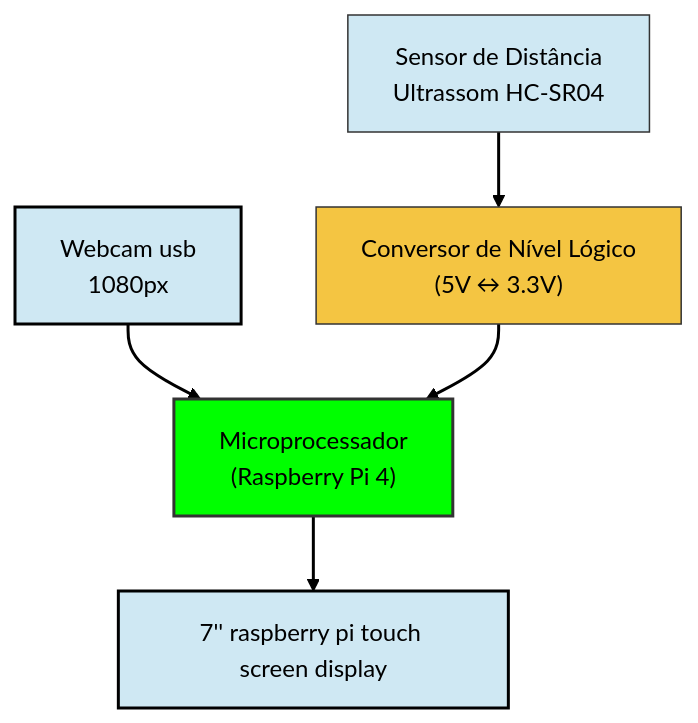
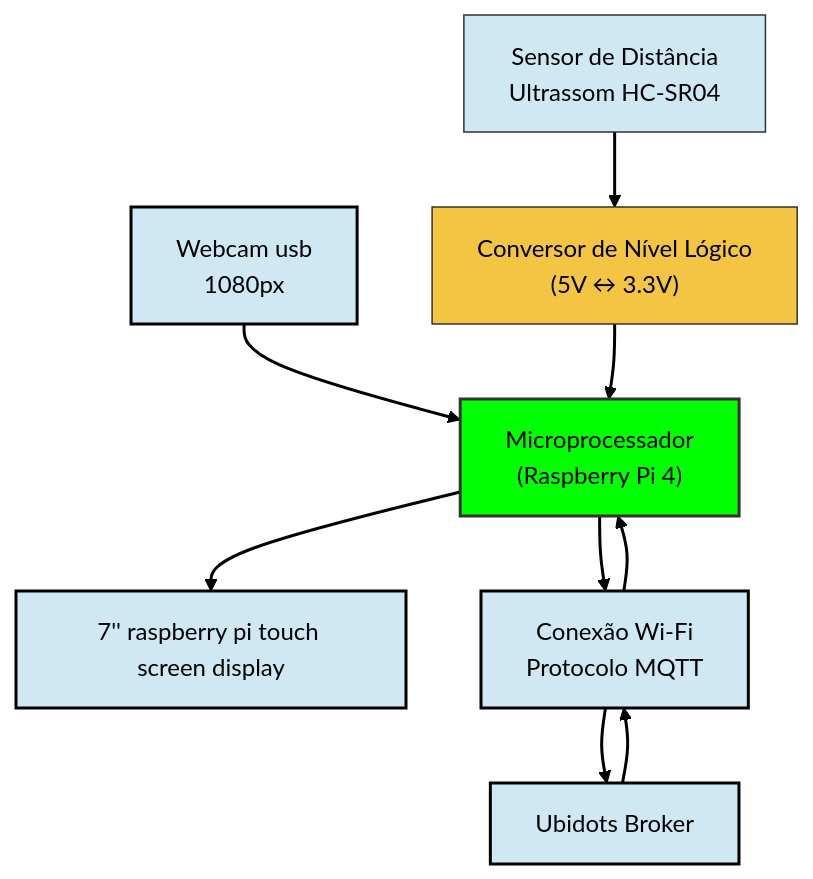
The diagram in README.md (Ilan-Ha/EEN251_Projeto_T2_T3), drawn with Mermaid (base theme) before and after one commit.

````diff
--- a/README.md
+++ b/README.md
@@ -47,27 +47,32 @@
 ```mermaid
 flowchart TD
     MCU["Microprocessador<br/>(Raspberry Pi 4)"]
     TOUC["7'' raspberry pi touch screen display"]
     LEVEL1["Conversor de Nível Lógico<br/>(5V ↔ 3.3V)"]
     US["Sensor de Distância<br/>Ultrassom HC-SR04"]
     CAM["Webcam usb<br/>1080px"]
+    MQTT["Conexão Wi-Fi<br/>Protocolo MQTT"]
+    DOT["Ubidots Broker"]
 
     MCU --> TOUC
     CAM --> MCU
     US --> LEVEL1
     LEVEL1 --> MCU
-
+    MCU --> MQTT
+    MQTT --> MCU
+    MQTT --> DOT
+    DOT --> MQTT
 
     %% Optional styling
     classDef sensor fill:#cfe8f3,stroke:#333,stroke-width:1px;
     classDef converter fill:#f4c542,stroke:#333,stroke-width:1px;
     classDef controller fill:#00ff00,stroke:#333,stroke-width:2px;
 
     class MCU controller;
     class US sensor;
     class LEVEL1 converter;
     classDef default fill:#cfe8f3,color:#000,stroke:#000,stroke-width:2px;
 
     linkStyle default stroke:#000,stroke-width:2px;
 
 ```
````
